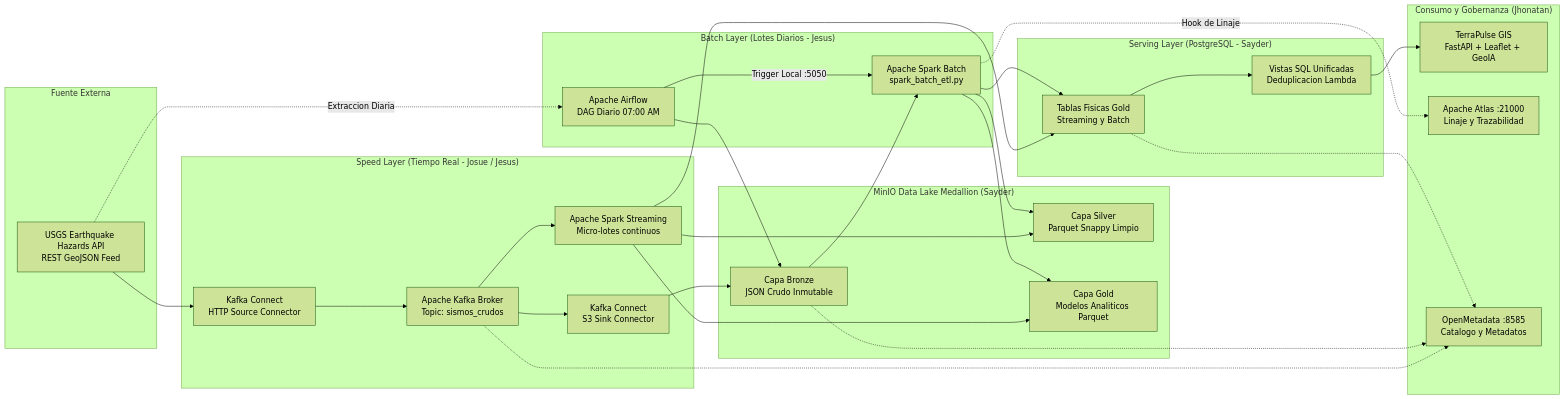
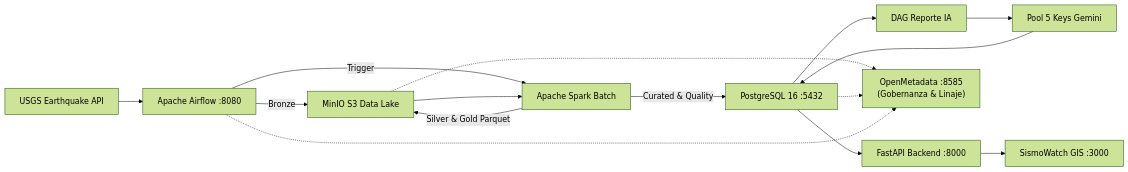
The diagram in README.md (Yisus0708/Sismowatch), drawn with Mermaid (forest theme) before and after one commit. The commit also changed other lines of this file and 66 other files, not shown here.

Commit message:
feat: Arquitectura Medallon batch 100% local en Ubuntu con OpenMetadata 2.0.6, pool 5 Gemini AI keys y eliminacion de cuarentena y landing

````diff
--- a/README.md
+++ b/README.md
@@ -23,60 +65,17 @@
 ```mermaid
 flowchart LR
-    subgraph Fuentes["Fuente Externa"]
-        USGS["USGS Earthquake Hazards API<br/>REST GeoJSON Feed"]
-    end
-
-    subgraph StreamingLane["Speed Layer (Tiempo Real - Josue / Jesus)"]
-        KC_HTTP["Kafka Connect<br/>HTTP Source Connector"]
-        KAFKA["Apache Kafka Broker<br/>Topic: sismos_crudos"]
-        KC_S3["Kafka Connect<br/>S3 Sink Connector"]
-        SPARK_STR["Apache Spark Streaming<br/>Micro-lotes continuos"]
-    end
-
-    subgraph BatchLane["Batch Layer (Lotes Diarios - Jesus)"]
-        AIRFLOW["Apache Airflow<br/>DAG Diario 07:00 AM"]
-        SPARK_BATCH["Apache Spark Batch<br/>spark_batch_etl.py"]
-    end
-
-    subgraph DataLake["MinIO Data Lake Medallion (Sayder)"]
-        BRONZE["Capa Bronze<br/>JSON Crudo Inmutable"]
-        SILVER["Capa Silver<br/>Parquet Snappy Limpio"]
-        GOLD["Capa Gold<br/>Modelos Analiticos Parquet"]
-    end
-
-    subgraph Serving["Serving Layer (PostgreSQL - Sayder)"]
-        PG_PHYS["Tablas Fisicas Gold<br/>Streaming y Batch"]
-        PG_VIEW["Vistas SQL Unificadas<br/>Deduplicacion Lambda"]
-    end
-
-    subgraph Consumo["Consumo y Gobernanza (Jhonatan)"]
-        WEB["TerraPulse GIS<br/>FastAPI + Leaflet + GeoIA"]
-        ATLAS["Apache Atlas :21000<br/>Linaje y Trazabilidad"]
-        OM["OpenMetadata :8585<br/>Catalogo y Metadatos"]
-    end
-
-    USGS --> KC_HTTP
-    KC_HTTP --> KAFKA
-    KAFKA --> KC_S3
-    KC_S3 --> BRONZE
-    KAFKA --> SPARK_STR
-    SPARK_STR --> SILVER
-    SPARK_STR --> GOLD
-    SPARK_STR --> PG_PHYS
-
-    USGS -.->|Extraccion Diaria| AIRFLOW
-    AIRFLOW --> BRONZE
-    AIRFLOW -->|Trigger Local :5050| SPARK_BATCH
-    BRONZE --> SPARK_BATCH
-    SPARK_BATCH --> SILVER
-    SPARK_BATCH --> GOLD
-    SPARK_BATCH --> PG_PHYS
-
-    PG_PHYS --> PG_VIEW
-    PG_VIEW --> WEB
-
-    SPARK_BATCH -.->|Hook de Linaje| ATLAS
-    KAFKA -.-> OM
-    BRONZE -.-> OM
-    PG_PHYS -.-> OM
+    USGS["USGS Earthquake API"] --> AIRFLOW["Apache Airflow :8080"]
+    AIRFLOW -->|Bronze| MINIO["MinIO S3 Data Lake"]
+    AIRFLOW -->|Trigger| SPARK["Apache Spark Batch"]
+    MINIO --> SPARK
+    SPARK -->|Silver & Gold Parquet| MINIO
+    SPARK -->|Curated & Quality| PG["PostgreSQL 16 :5432"]
+    PG --> AIRFLOW_IA["DAG Reporte IA"]
+    AIRFLOW_IA --> GEMINI["Pool 5 Keys Gemini"]
+    GEMINI --> PG
+    PG --> FASTAPI["FastAPI Backend :8000"]
+    FASTAPI --> WEB["SismoWatch GIS :3000"]
+    MINIO -.-> OM["OpenMetadata :8585<br/>(Gobernanza & Linaje)"]
+    PG -.-> OM
+    AIRFLOW -.-> OM
 ```
````
